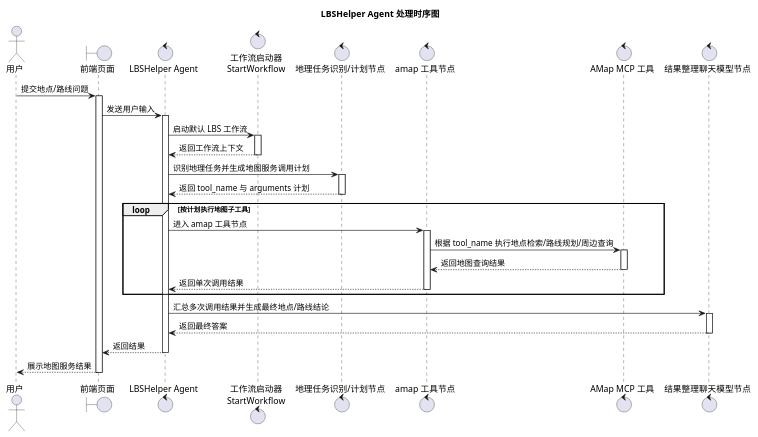
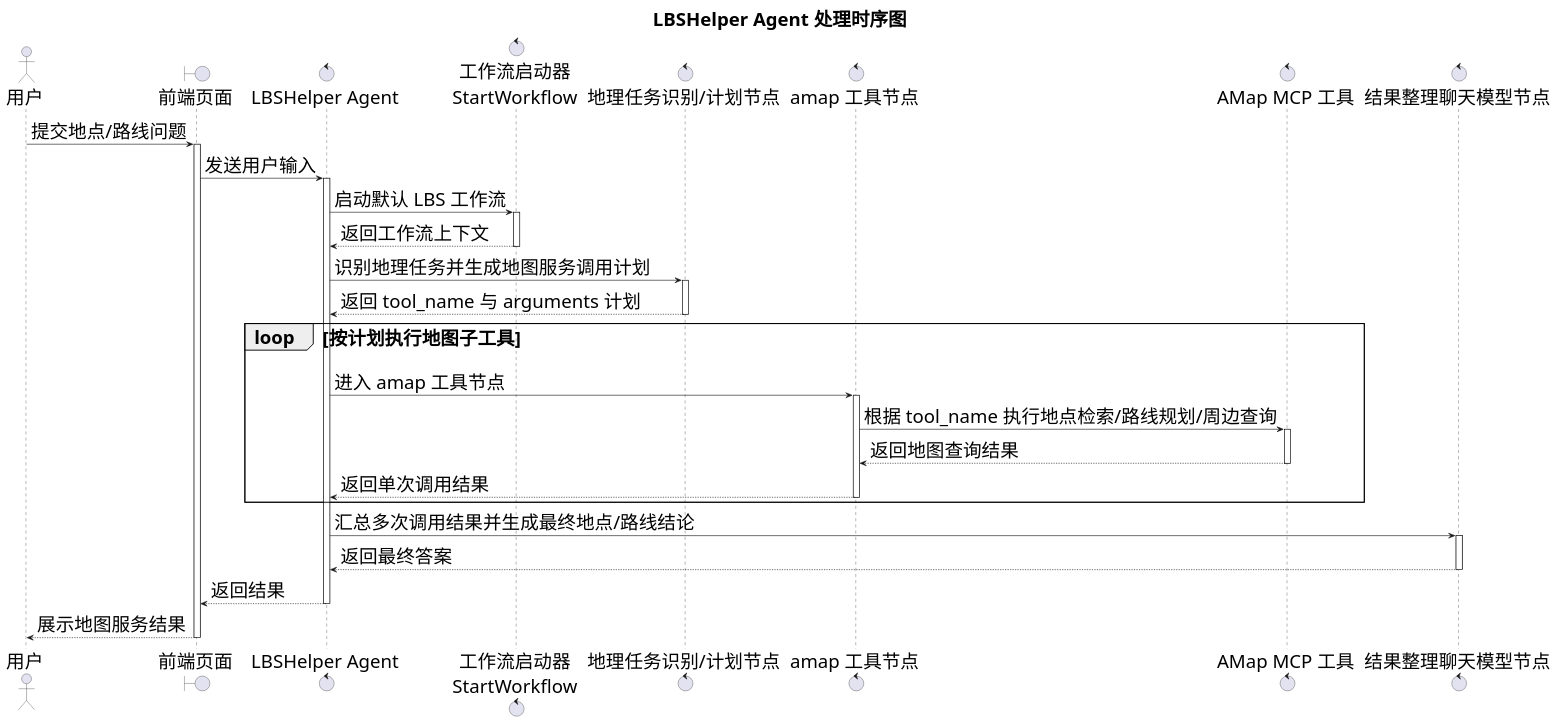
Before and after one commit to takatsuk1/bishe: the diagram in uml图/时序图/LBSHelper Agent 时序图.puml, drawn with PlantUML. The commit also changed 91 other files, not shown here.

```diff
--- a/uml图/时序图/LBSHelper Agent 时序图.puml
+++ b/uml图/时序图/LBSHelper Agent 时序图.puml
@@ -1,50 +1,52 @@
 @startuml
+skinparam defaultFontSize 30
+skinparam titleFontSize 30
 title LBSHelper Agent 处理时序图
 
 actor 用户 as User
 boundary "前端页面" as Frontend
 control "LBSHelper Agent" as Agent
 control "工作流启动器\nStartWorkflow" as Starter
 control "地理任务识别/计划节点" as PlanNode
 control "amap 工具节点" as AmapNode
 control "AMap MCP 工具" as AmapTool
 control "结果整理聊天模型节点" as SummaryNode
 
 User -> Frontend : 提交地点/路线问题
 activate Frontend
 
 Frontend -> Agent : 发送用户输入
 activate Agent
 
 Agent -> Starter : 启动默认 LBS 工作流
 activate Starter
 Starter --> Agent : 返回工作流上下文
 deactivate Starter
 
 Agent -> PlanNode : 识别地理任务并生成地图服务调用计划
 activate PlanNode
 PlanNode --> Agent : 返回 tool_name 与 arguments 计划
 deactivate PlanNode
 
 loop 按计划执行地图子工具
     Agent -> AmapNode : 进入 amap 工具节点
     activate AmapNode
     AmapNode -> AmapTool : 根据 tool_name 执行地点检索/路线规划/周边查询
     activate AmapTool
     AmapTool --> AmapNode : 返回地图查询结果
     deactivate AmapTool
     AmapNode --> Agent : 返回单次调用结果
     deactivate AmapNode
 end
 
 Agent -> SummaryNode : 汇总多次调用结果并生成最终地点/路线结论
 activate SummaryNode
 SummaryNode --> Agent : 返回最终答案
 deactivate SummaryNode
 
 Agent --> Frontend : 返回结果
 deactivate Agent
 
 Frontend --> User : 展示地图服务结果
 deactivate Frontend
 @enduml
```
